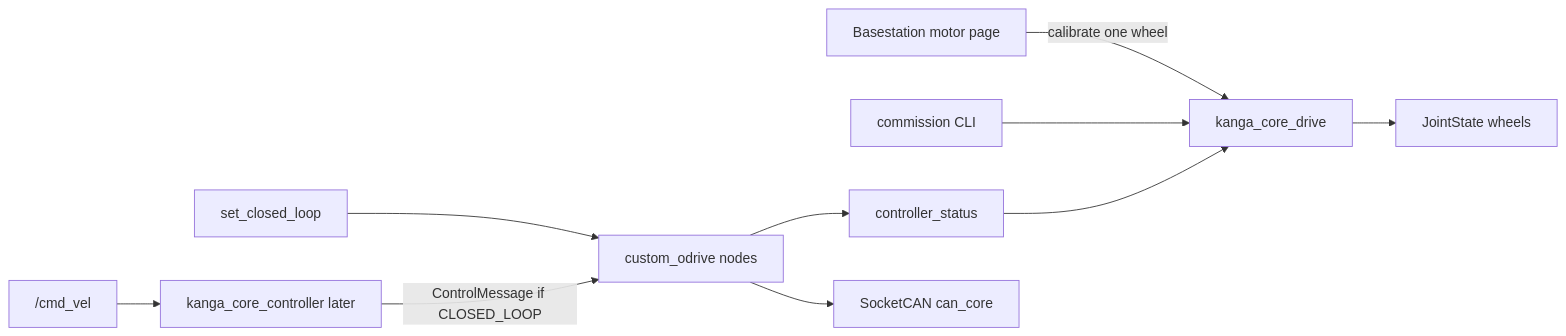
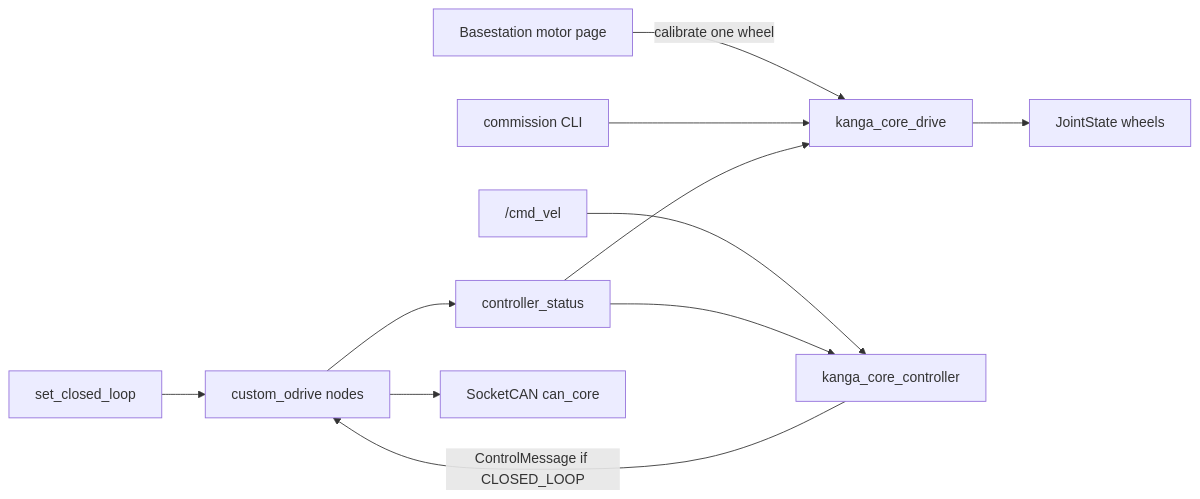
Before and after one commit to UOW-TronSoc/ARCh-Kanga: the diagram in docs/migration/core_drive.md, drawn with Mermaid. The commit also changed other lines of this file and 14 other files, not shown here.

````diff
--- a/docs/migration/core_drive.md
+++ b/docs/migration/core_drive.md
@@ -29,12 +29,13 @@
 ```mermaid
 flowchart LR
   web["Basestation motor page"] -->|"calibrate one wheel"| drivePkg["kanga_core_drive"]
   cliSave["commission CLI"] --> drivePkg
   trigger["set_closed_loop"] --> nodes["custom_odrive nodes"]
-  cmdVel["/cmd_vel"] --> ctrl["kanga_core_controller later"]
+  cmdVel["/cmd_vel"] --> ctrl["kanga_core_controller"]
   ctrl -->|"ControlMessage if CLOSED_LOOP"| nodes
   nodes --> status["controller_status"]
   status --> drivePkg
+  status --> ctrl
   drivePkg --> js["JointState wheels"]
   nodes --> can["SocketCAN can_core"]
 ```
````
